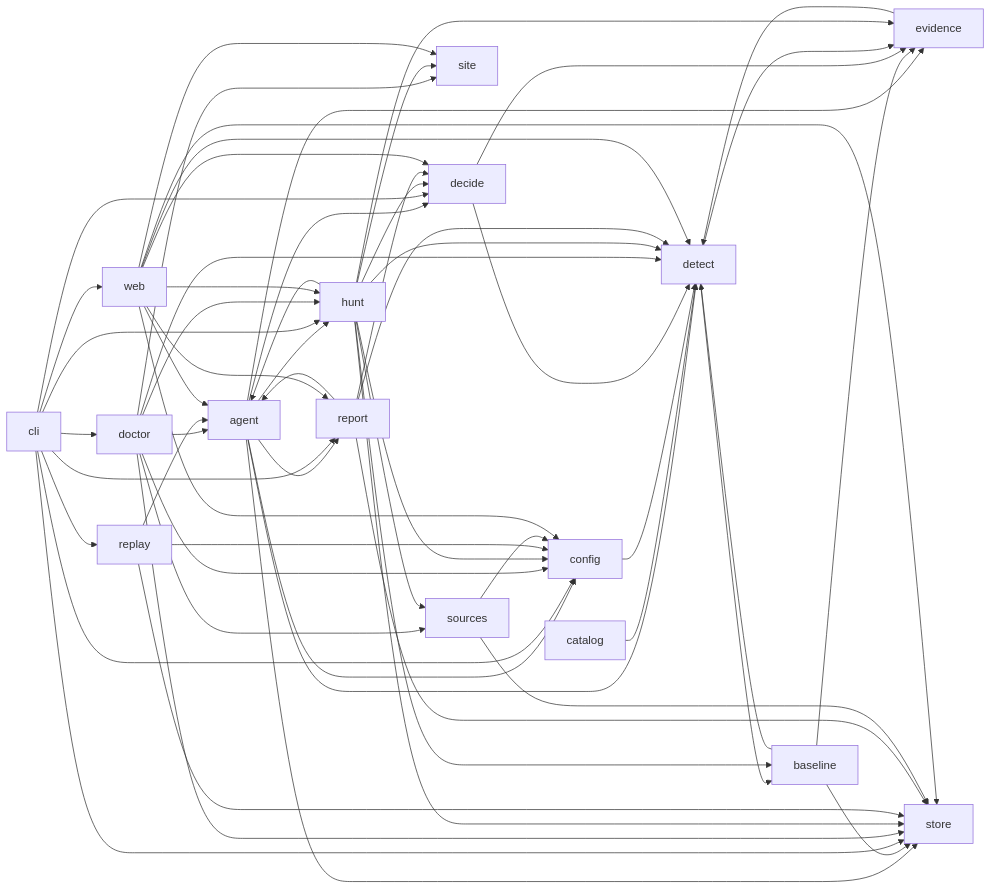
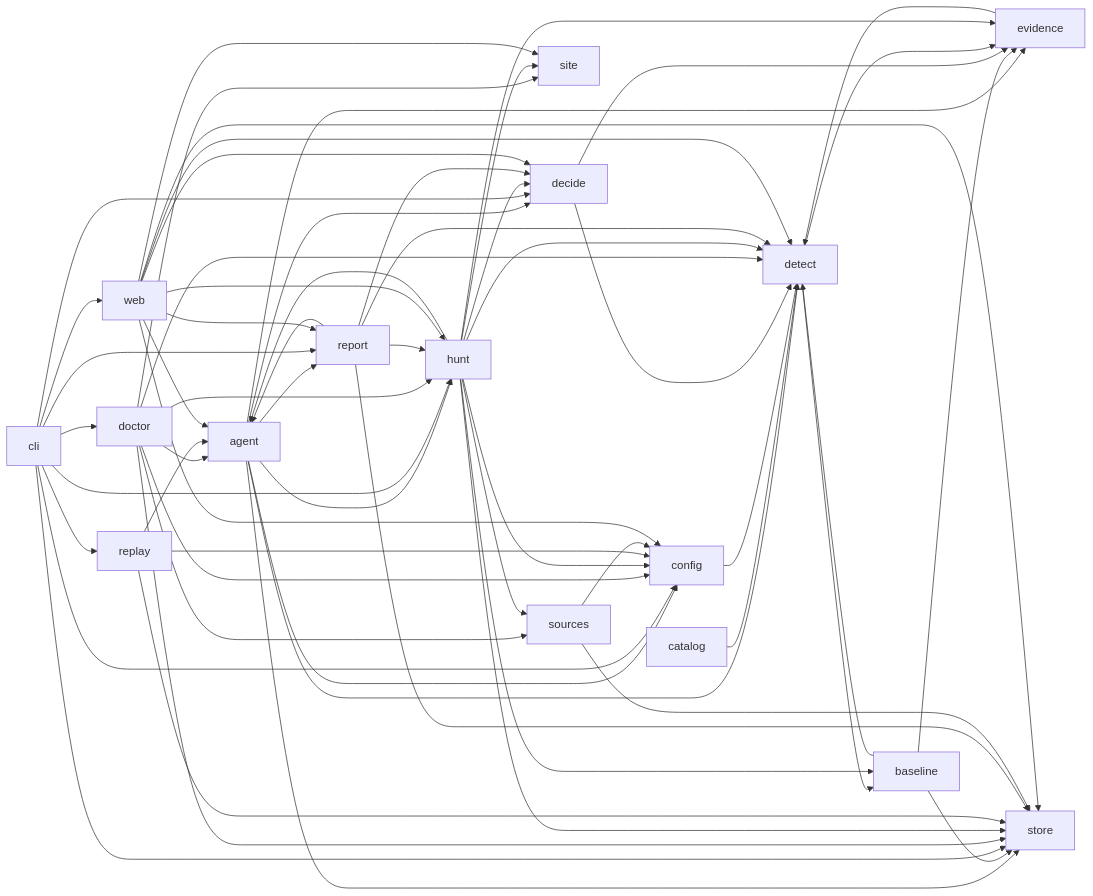
Before and after one commit to nickthabib-cloud/ROMULUS: the diagram in docs/architecture/MODULE_MAP.md, drawn with Mermaid. The commit also changed other lines of this file and 6 other files, not shown here.

````diff
--- a/docs/architecture/MODULE_MAP.md
+++ b/docs/architecture/MODULE_MAP.md
@@ -141,61 +141,62 @@
 ```mermaid
 graph LR
   agent --> config
   agent --> decide
   agent --> detect
   agent --> evidence
   agent --> hunt
   agent --> report
   agent --> store
   baseline --> detect
   baseline --> evidence
   baseline --> store
   catalog --> detect
   cli --> config
   cli --> decide
   cli --> doctor
   cli --> hunt
   cli --> replay
   cli --> report
   cli --> store
   cli --> web
   config --> detect
   decide --> detect
   decide --> evidence
   detect --> baseline
   detect --> evidence
   doctor --> agent
   doctor --> config
   doctor --> detect
   doctor --> hunt
   doctor --> site
   doctor --> sources
   doctor --> store
   evidence --> detect
   hunt --> agent
   hunt --> baseline
   hunt --> config
   hunt --> decide
   hunt --> detect
   hunt --> evidence
   hunt --> site
   hunt --> sources
   hunt --> store
   replay --> agent
   replay --> config
   replay --> store
   report --> agent
   report --> decide
   report --> detect
+  report --> hunt
   report --> store
   sources --> config
   sources --> store
   web --> agent
   web --> config
   web --> decide
   web --> detect
   web --> hunt
   web --> report
   web --> site
   web --> store
 ```
````
